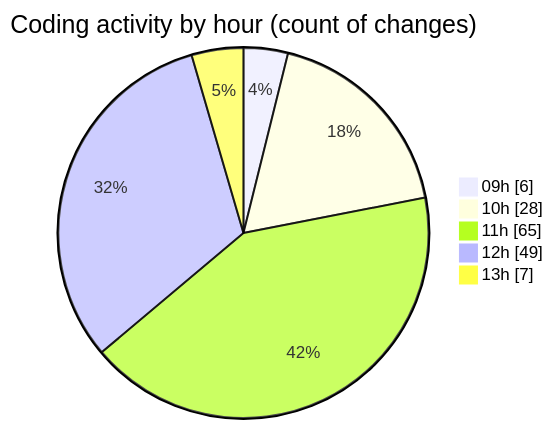
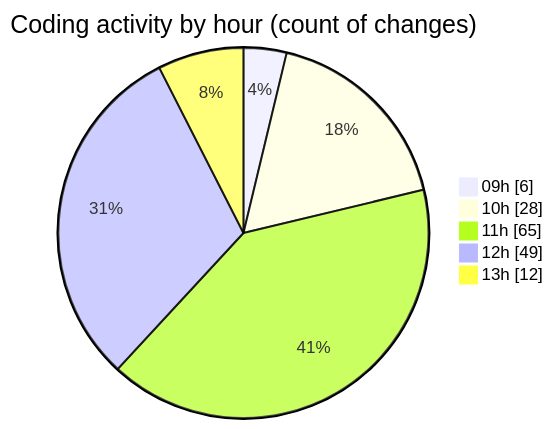
One commit to momahboobian/code-tracking changed the second of 2 diagrams in 2025-03-27/cda/README.md. Above: the diagram before and after it, drawn with Mermaid. The commit also changed other lines of this file and 1 other file, not shown here.

````diff
--- a/2025-03-27/cda/README.md
+++ b/2025-03-27/cda/README.md
@@ -30,9 +30,9 @@
 ```mermaid
 pie showData
 title Coding activity by hour (count of changes)
 "09h" : 6
 "10h" : 28
 "11h" : 65
 "12h" : 49
-"13h" : 7
+"13h" : 12
 ```
````
